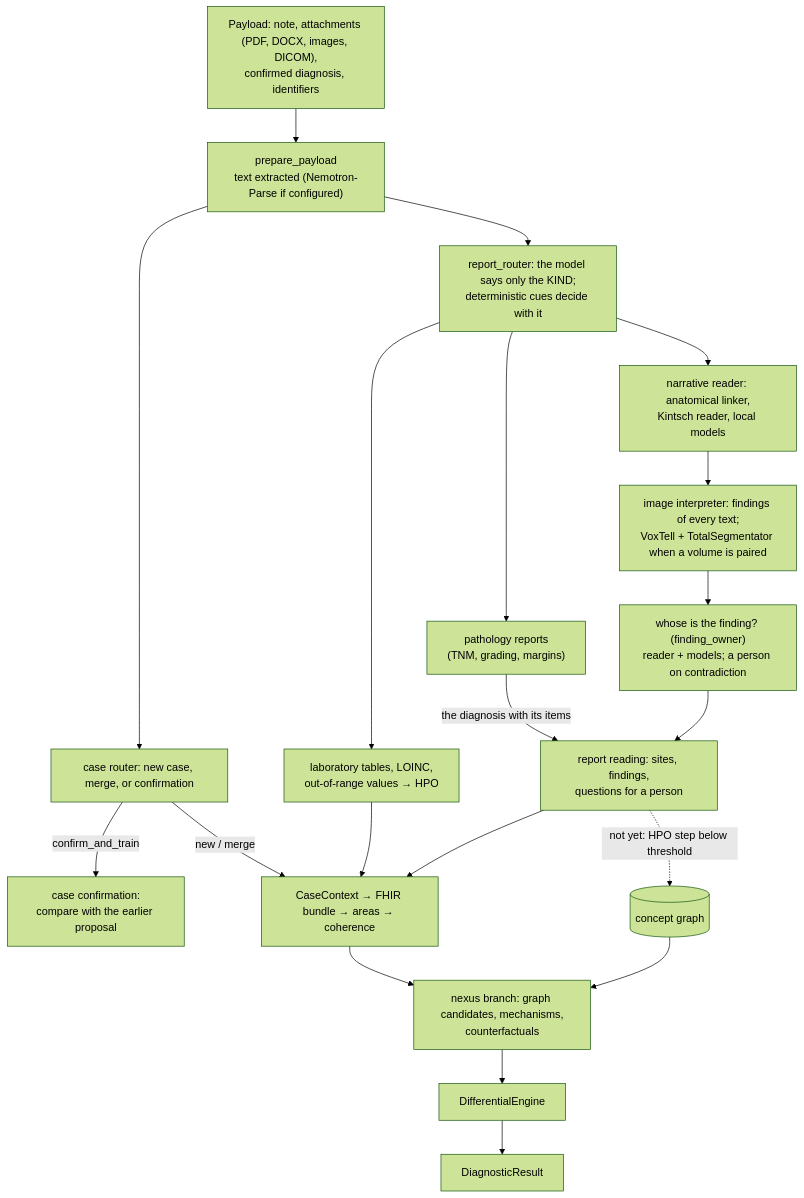
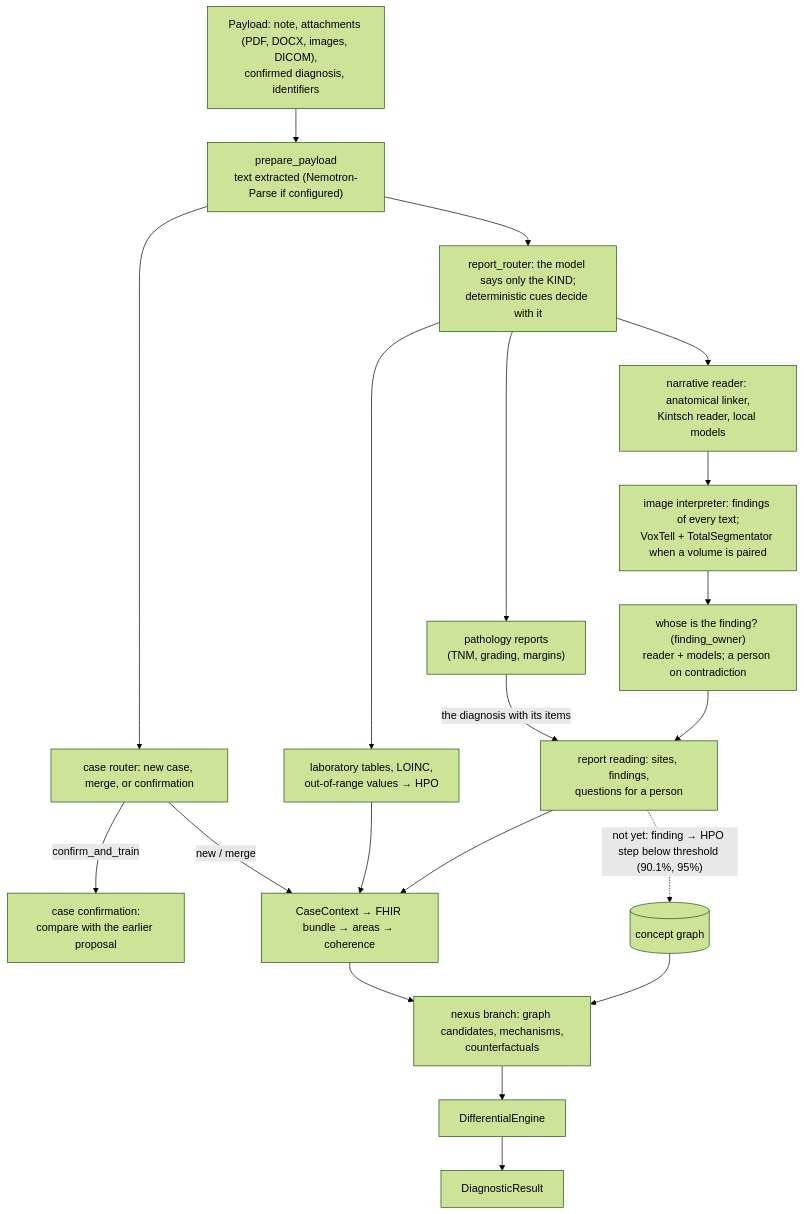
One commit to francescoluciolattari/Melampo-AI changed the second of 2 diagrams in docs/en/ARCHITECTURE.md. Above: the diagram before and after it, drawn with Mermaid (forest theme). The commit also changed other lines of this file and 9 other files, not shown here.

````diff
--- a/docs/en/ARCHITECTURE.md
+++ b/docs/en/ARCHITECTURE.md
@@ -29,21 +29,21 @@
 ```mermaid
 flowchart TD
   payload["Payload: note, attachments (PDF, DOCX, images, DICOM),<br/>confirmed diagnosis, identifiers"] --> prep["prepare_payload<br/>text extracted (Nemotron-Parse if configured)"]
   prep --> router["report_router: the model says only the KIND;<br/>deterministic cues decide with it"]
   router --> lab["laboratory tables, LOINC,<br/>out-of-range values → HPO"]
   router --> path["pathology reports<br/>(TNM, grading, margins)"]
   path -->|"the diagnosis with its items"| rr
   router --> narr["narrative reader: anatomical linker,<br/>Kintsch reader, local models"]
   narr --> img["image interpreter: findings of every text;<br/>VoxTell + TotalSegmentator when a volume is paired"]
   img --> owner["whose is the finding? (finding_owner)<br/>reader + models; a person on contradiction"]
   owner --> rr["report reading: sites, findings,<br/>questions for a person"]
   prep --> d1["case router: new case, merge, or confirmation"]
   d1 -->|confirm_and_train| conf["case confirmation:<br/>compare with the earlier proposal"]
   d1 -->|new / merge| ingest["CaseContext → FHIR bundle → areas → coherence"]
   lab --> ingest
   rr --> ingest
   ingest --> nexus["nexus branch: graph candidates, mechanisms,<br/>counterfactuals"]
   nexus --> diff["DifferentialEngine"] --> res["DiagnosticResult"]
-  rr -.->|"not yet: HPO step below threshold"| graphnode[("concept graph")]
+  rr -.->|"not yet: finding → HPO step below threshold (90.1%, 95%)"| graphnode[("concept graph")]
   graphnode --> nexus
 ```
````
